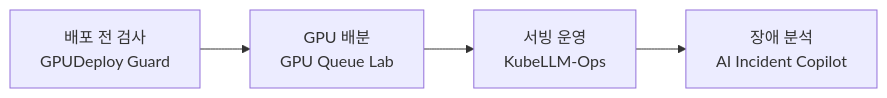
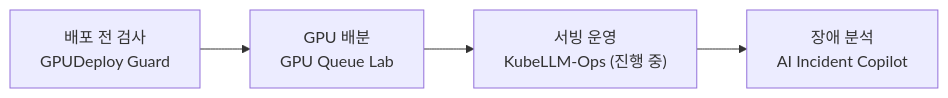
One commit to eunsu7997/eunsu7997 changed the diagram in README.md. Above: the diagram before and after it, drawn with Mermaid. The commit also changed other lines of this file, not shown here.

````diff
--- a/README.md
+++ b/README.md
@@ -27,6 +29,6 @@
 ```mermaid
 flowchart LR
   A["배포 전 검사<br>GPUDeploy Guard"] --> B["GPU 배분<br>GPU Queue Lab"]
-  B --> C["서빙 운영<br>KubeLLM-Ops"]
+  B --> C["서빙 운영<br>KubeLLM-Ops (진행 중)"]
   C --> D["장애 분석<br>AI Incident Copilot"]
 ```
````
